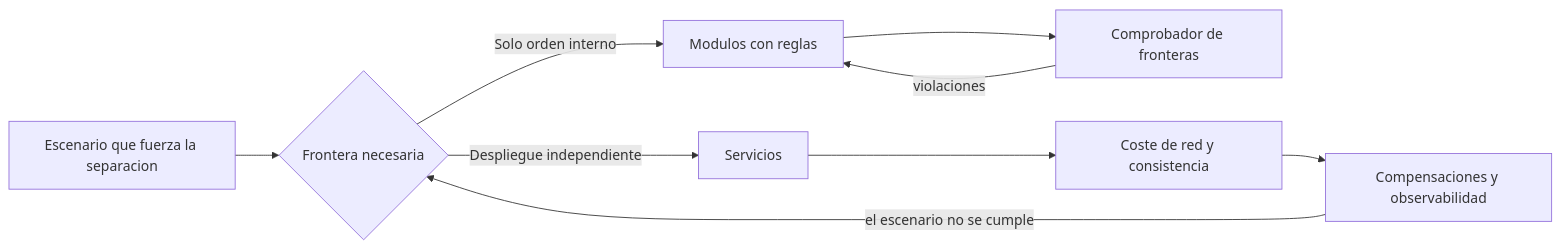
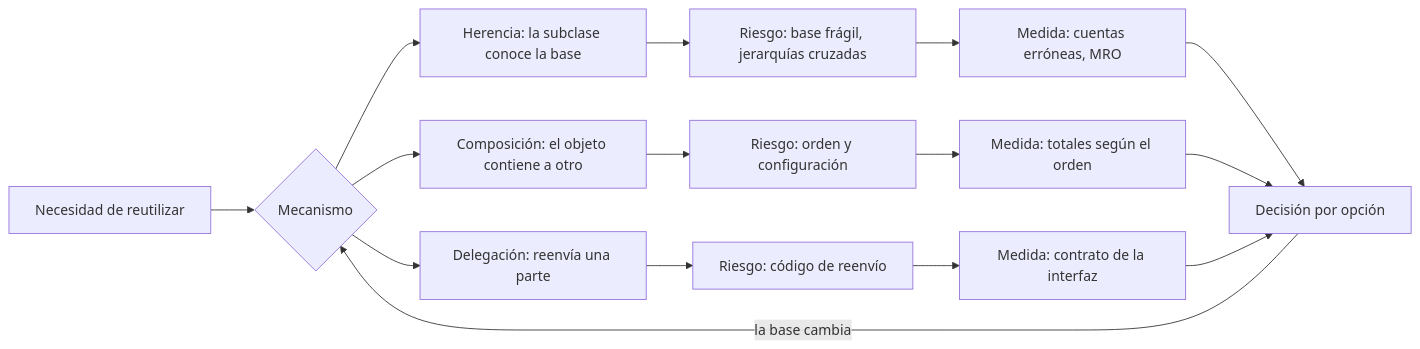
Before and after one commit to vladimiracunadev-create/modern-software-engineering-program: the diagram in content/part-25/SE-303.md, drawn with Mermaid. The commit also changed other lines of this file and 5193 other files, not shown here.

````diff
--- a/content/part-25/SE-303.md
+++ b/content/part-25/SE-303.md
@@ -54,11 +53,17 @@
 ```mermaid
 flowchart LR
-    A[Escenario que fuerza la separacion] --> B{Frontera necesaria}
-    B -->|Solo orden interno| C[Modulos con reglas]
-    B -->|Despliegue independiente| D[Servicios]
-    C --> E[Comprobador de fronteras]
-    D --> F[Coste de red y consistencia]
-    F --> G[Compensaciones y observabilidad]
-    E -->|violaciones| C
-    G -->|el escenario no se cumple| B
+    A[Necesidad de reutilizar] --> B{Mecanismo}
+    B --> C[Herencia: la subclase conoce la base]
+    B --> D[Composición: el objeto contiene a otro]
+    B --> E[Delegación: reenvía una parte]
+    C --> F[Riesgo: base frágil, jerarquías cruzadas]
+    D --> G[Riesgo: orden y configuración]
+    E --> H[Riesgo: código de reenvío]
+    F --> I[Medida: cuentas erróneas, MRO]
+    G --> J[Medida: totales según el orden]
+    H --> K[Medida: contrato de la interfaz]
+    I --> L[Decisión por opción]
+    J --> L
+    K --> L
+    L -->|la base cambia| B
 ```
````
